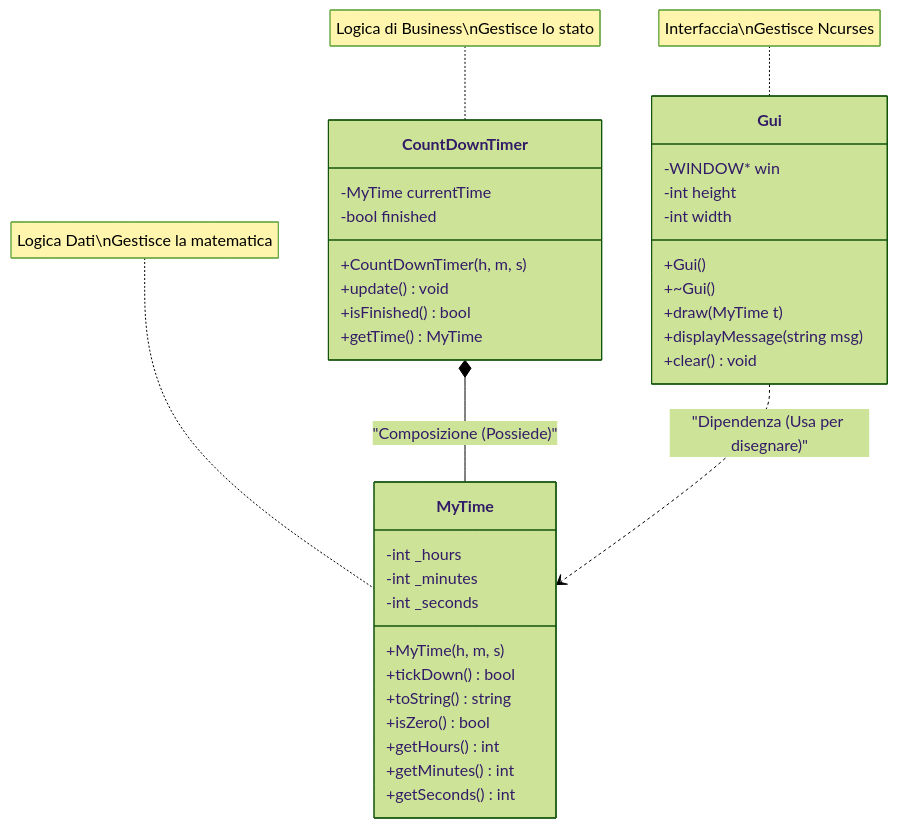
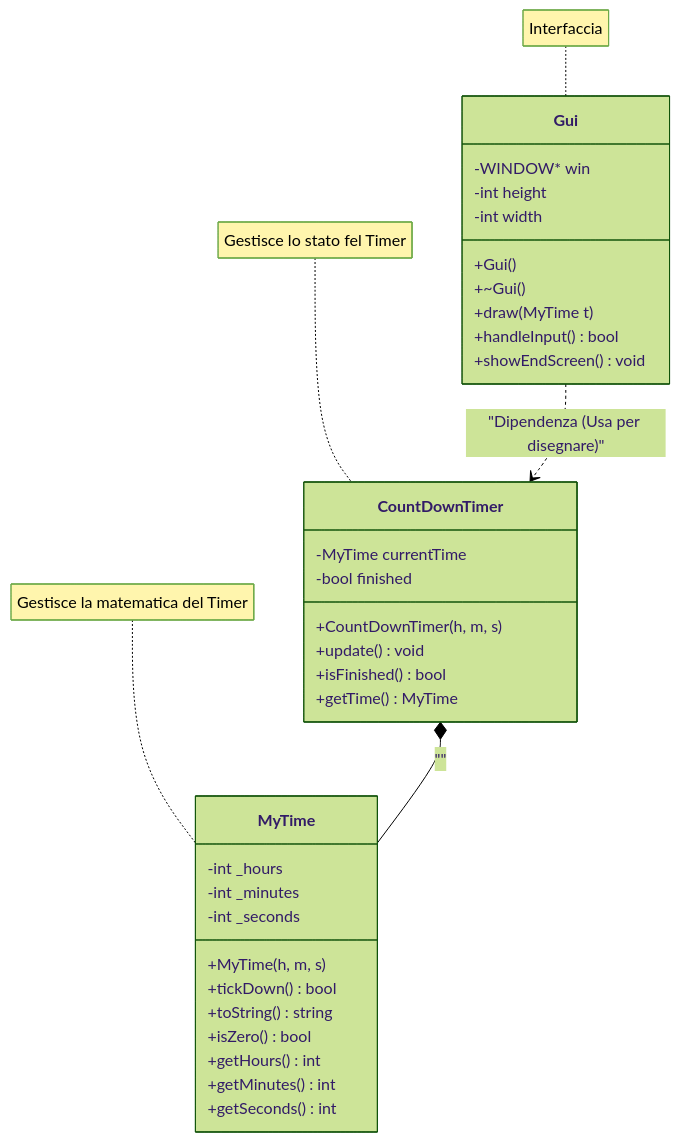
One commit to schiavonesudhir/timer changed the diagram in README.md. Above: the diagram before and after it, drawn with Mermaid (forest theme).

Commit message:
aggiustamenti errori mermaid

````diff
--- a/README.md
+++ b/README.md
@@ -125,46 +125,46 @@
 ```mermaid
 classDiagram
     %% Stile del grafico
     direction TB
 
     class MyTime {
         -int _hours
         -int _minutes
         -int _seconds
         +MyTime(h, m, s)
         +tickDown() bool
         +toString() string
         +isZero() bool
         +getHours() int
         +getMinutes() int
         +getSeconds() int
     }
 
     class CountDownTimer {
         -MyTime currentTime
         -bool finished
         +CountDownTimer(h, m, s)
         +update() void
         +isFinished() bool
         +getTime() MyTime
     }
 
     class Gui {
         -WINDOW* win
         -int height
         -int width
         +Gui()
         +~Gui()
         +draw(MyTime t)
-        +displayMessage(string msg)
-        +clear() void
+        +handleInput() bool
+        +showEndScreen() void
     }
 
     %% Relazioni
-    CountDownTimer *-- MyTime : "Composizione (Possiede)"
-    Gui ..> MyTime : "Dipendenza (Usa per disegnare)"
+    CountDownTimer *-- MyTime : ""
+    Gui ..> CountDownTimer : "Dipendenza (Usa per disegnare)"
     
-    note for CountDownTimer "Logica di Business\nGestisce lo stato"
-    note for MyTime "Logica Dati\nGestisce la matematica"
-    note for Gui "Interfaccia\nGestisce Ncurses"
+    note for CountDownTimer "Gestisce lo stato fel Timer"
+    note for MyTime "Gestisce la matematica del Timer"
+    note for Gui "Interfaccia"
 ```
````
